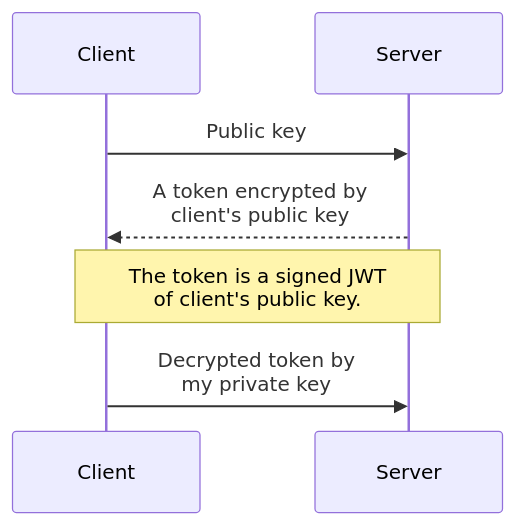
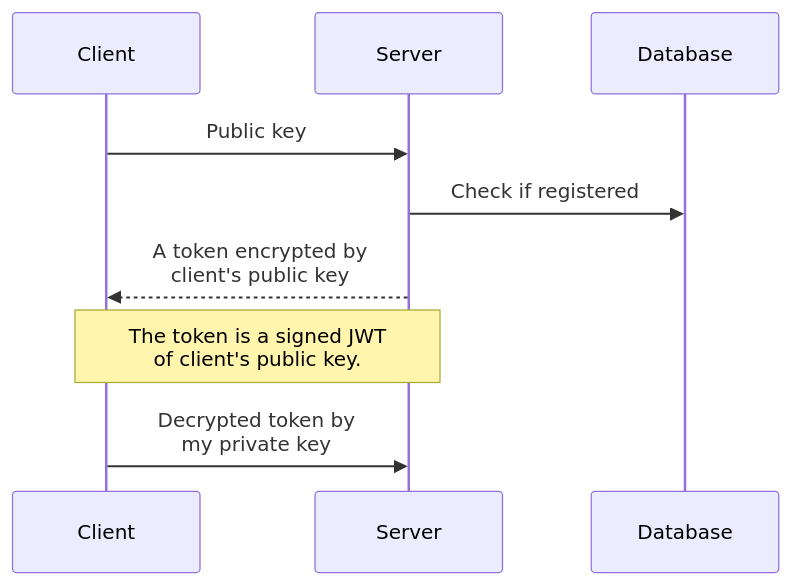
One commit to liplum/ChatIsland changed the second of 2 diagrams in README.md. Above: the diagram before and after it, drawn with Mermaid. The commit also changed other lines of this file, not shown here.

Commit message:
involved in database

````diff
--- a/README.md
+++ b/README.md
@@ -26,9 +28,11 @@
 ```mermaid
 sequenceDiagram
     participant Client
     participant Server
+    participant Database
     Client->>Server: Public key
+    Server->>Database: Check if registered
     Server-->>Client: A token encrypted by <br/> client's public key
     Note over Client, Server: The token is a signed JWT <br/> of client's public key.
     Client->>Server: Decrypted token by <br/> my private key
 ```
````
